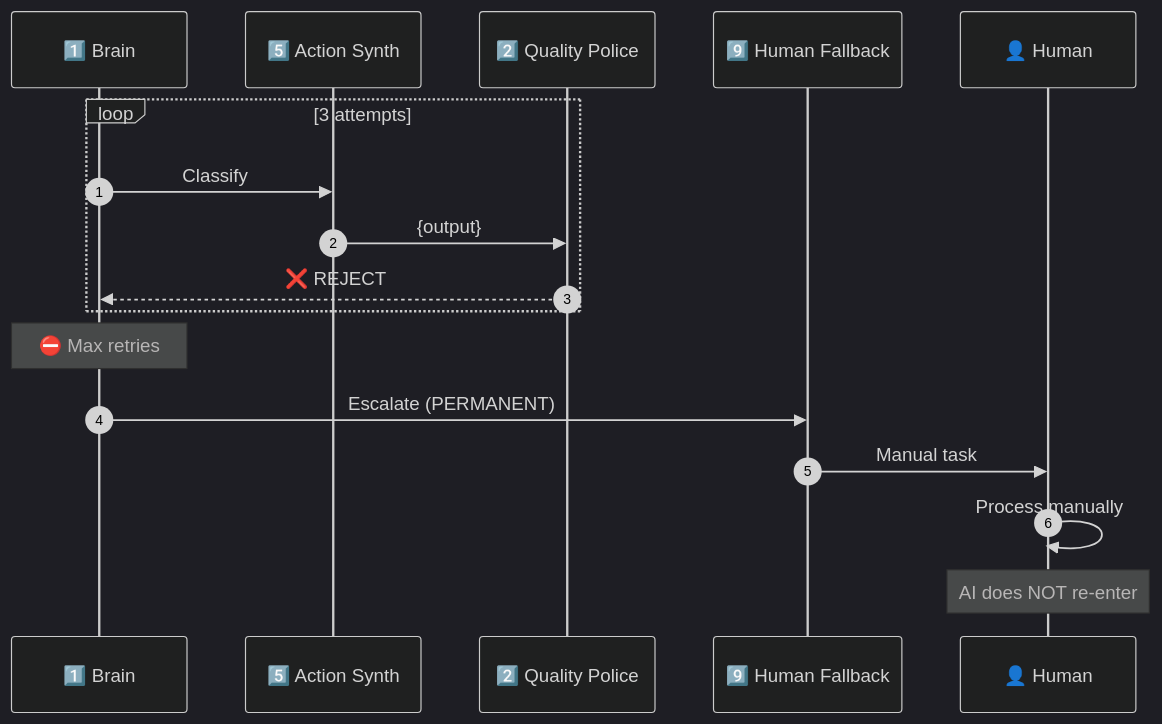
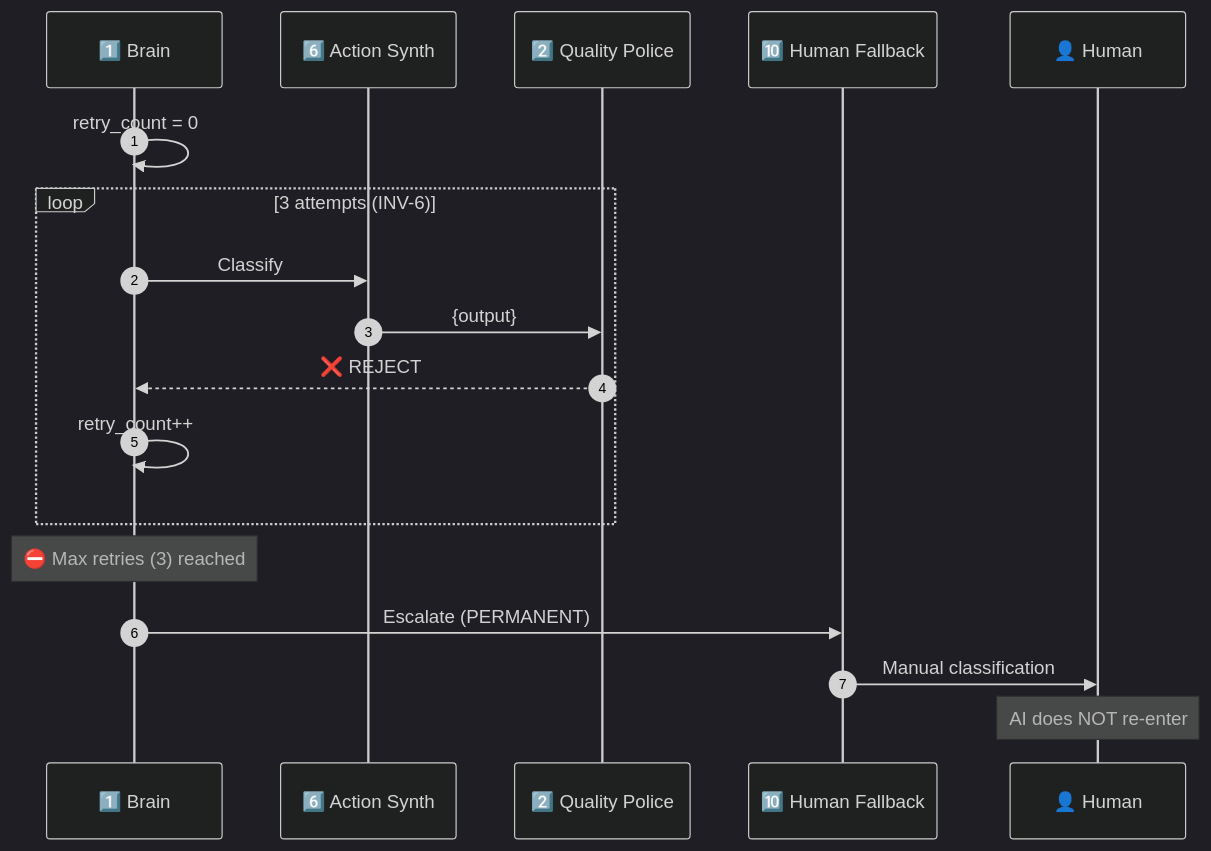
One commit to mohabnazmy/test changed diagram 13 of 16 in all.md. Above: the diagram before and after it, drawn with Mermaid (dark theme). The commit also changed other lines of this file, not shown here.

````diff
--- a/all.md
+++ b/all.md
@@ -725,22 +772,24 @@
 ```mermaid
 sequenceDiagram
     autonumber
     participant B as 1️⃣ Brain
-    participant AS as 5️⃣ Action Synth
+    participant AS as 6️⃣ Action Synth
     participant QP as 2️⃣ Quality Police
-    participant HF as 9️⃣ Human Fallback
+    participant HF as 🔟 Human Fallback
     participant H as 👤 Human
     
-    loop 3 attempts
+    B->>B: retry_count = 0
+    
+    loop 3 attempts (INV-6)
         B->>AS: Classify
         AS->>QP: {output}
         QP-->>B: ❌ REJECT
+        B->>B: retry_count++
     end
     
-    Note over B: ⛔ Max retries
+    Note over B: ⛔ Max retries (3) reached
     B->>HF: Escalate (PERMANENT)
-    HF->>H: Manual task
-    H->>H: Process manually
+    HF->>H: Manual classification
     
     Note over H: AI does NOT re-enter
 ```
````
